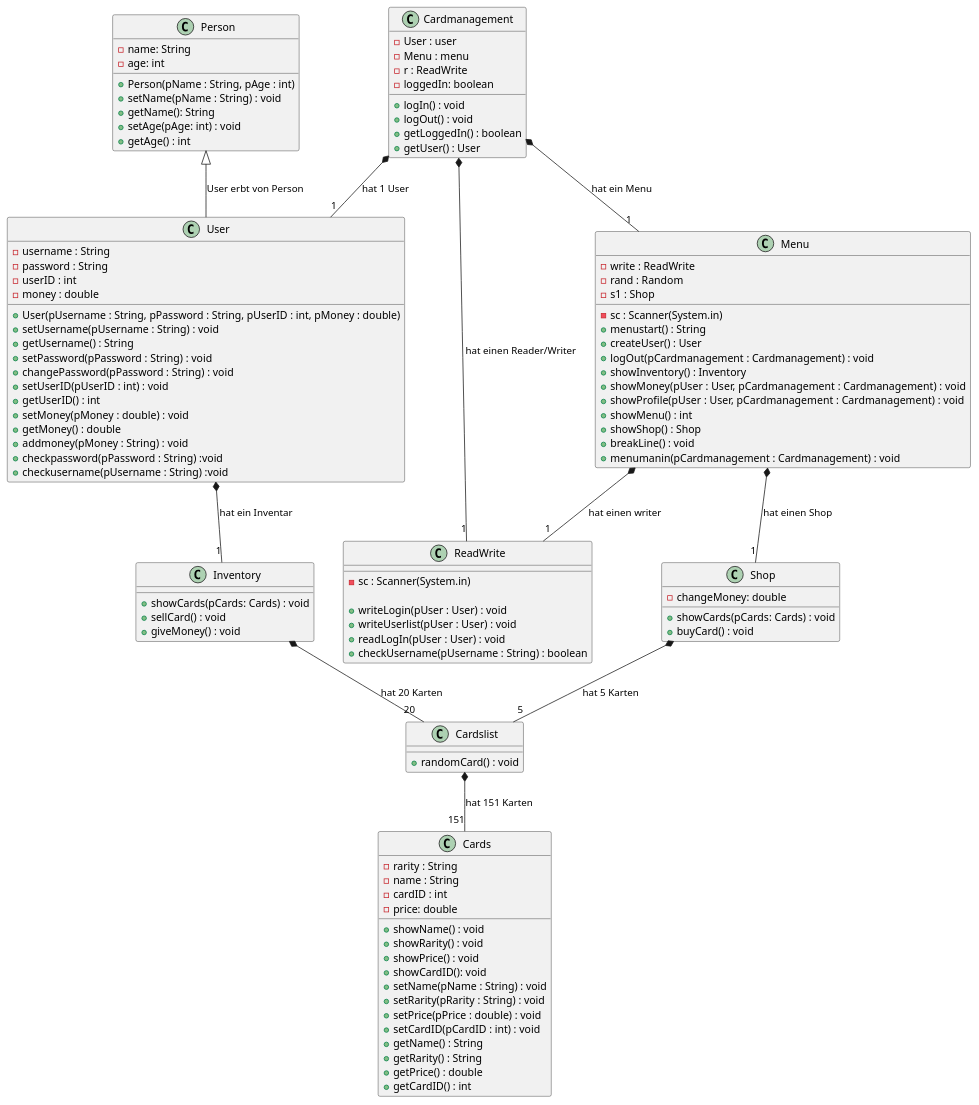
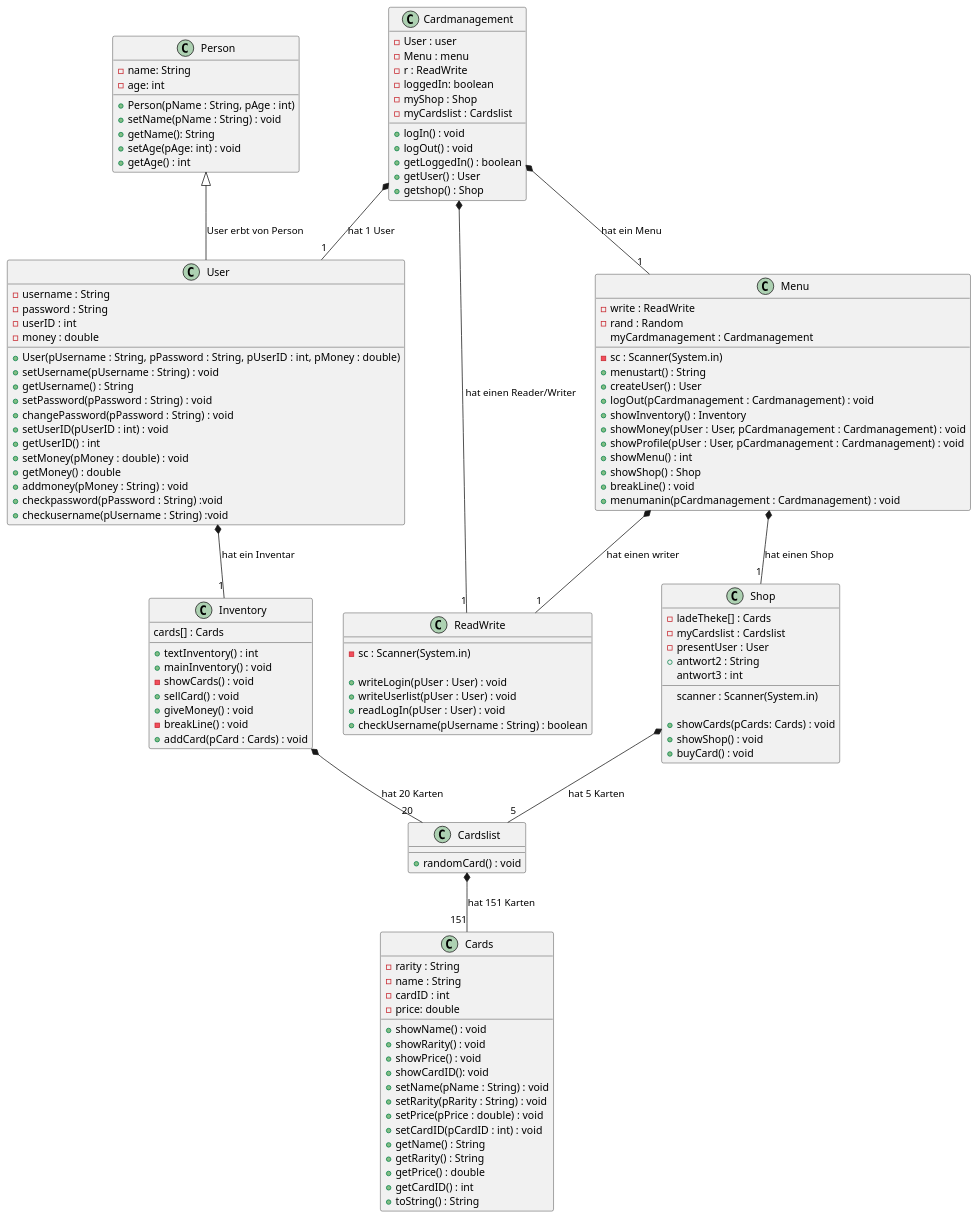
Before and after one commit to HEBK-BGM/Verwaltungssoftware_Team_4: the diagram in Docs/Pflichtenheft/Diagramme/Klassendiagramm-Card.iuml, drawn with PlantUML. The commit also changed 2 other files, not shown here.

Commit message:
[FIX] Klassendiagramm überarbeitung-

```diff
--- a/Docs/Pflichtenheft/Diagramme/Klassendiagramm-Card.iuml
+++ b/Docs/Pflichtenheft/Diagramme/Klassendiagramm-Card.iuml
@@ -1,139 +1,153 @@
 @startuml Klassendiagramm
 
 class Cardmanagement{
     - User : user
     - Menu : menu
     - r : ReadWrite
-    -loggedIn: boolean
+    - loggedIn: boolean
+    - myShop : Shop
+    - myCardslist : Cardslist
 
     +logIn() : void
     +logOut() : void
     +getLoggedIn() : boolean
     +getUser() : User
+    +getshop() : Shop
     
 
 
 
 }
 
 
 class Menu{
     -sc : Scanner(System.in)
     -write : ReadWrite
     -rand : Random
-    - s1 : Shop
+    myCardmanagement : Cardmanagement
 
     +menustart() : String
     +createUser() : User
     +logOut(pCardmanagement : Cardmanagement) : void
     +showInventory() : Inventory
     +showMoney(pUser : User, pCardmanagement : Cardmanagement) : void
     +showProfile(pUser : User, pCardmanagement : Cardmanagement) : void
     +showMenu() : int
     +showShop() : Shop
     +breakLine() : void
     +menumanin(pCardmanagement : Cardmanagement) : void
 
 
 }
 
 
 class Shop{
-    -changeMoney: double
-
+    -ladeTheke[] : Cards
+    -myCardslist : Cardslist
+    -presentUser : User 
+    +antwort2 : String
+    antwort3 : int
+    scanner : Scanner(System.in)
     
     +showCards(pCards: Cards) : void
+    +showShop() : void
     +buyCard() : void
 
 }
 
 
 class User{
     -username : String
     -password : String
     -userID : int
     -money : double
 
 
     +User(pUsername : String, pPassword : String, pUserID : int, pMoney : double)
     +setUsername(pUsername : String) : void
     +getUsername() : String
     +setPassword(pPassword : String) : void
     +changePassword(pPassword : String) : void
     +setUserID(pUserID : int) : void
     +getUserID() : int
     +setMoney(pMoney : double) : void
     +getMoney() : double
     +addmoney(pMoney : String) : void
     +checkpassword(pPassword : String) :void
     +checkusername(pUsername : String) :void
 
 }
 
 
 class Person{
     -name: String
     -age: int
 
     +Person(pName : String, pAge : int)
     +setName(pName : String) : void
     +getName(): String
     +setAge(pAge: int) : void
     +getAge() : int
 }
 
 
 class Cards{
     -rarity : String
     -name : String
     -cardID : int
     -price: double
 
     +showName() : void
     +showRarity() : void
     +showPrice() : void
     +showCardID(): void
     +setName(pName : String) : void
     +setRarity(pRarity : String) : void
     +setPrice(pPrice : double) : void
     +setCardID(pCardID : int) : void
     +getName() : String
     +getRarity() : String
     +getPrice() : double
     +getCardID() : int
-
+    +toString() : String
 }
 
 
 class Inventory{
-    +showCards(pCards: Cards) : void
+    cards[] : Cards
+
+    +textInventory() : int 
+    +mainInventory() : void
+    -showCards() : void
     +sellCard() : void
     +giveMoney() : void
+    -breakLine() : void
+    +addCard(pCard : Cards) : void
 }
 
 
 class Cardslist{
     +randomCard() : void
 }
 
 class ReadWrite{
     - sc : Scanner(System.in)
 
     + writeLogin(pUser : User) : void
     + writeUserlist(pUser : User) : void
     + readLogIn(pUser : User) : void
     + checkUsername(pUsername : String) : boolean
 }
 
 Cardmanagement *-- "1" Menu : hat ein Menu
 Cardmanagement *-- "1" ReadWrite : hat einen Reader/Writer 
 User *-- "1" Inventory : hat ein Inventar
 Cardmanagement *-- "1" User : hat 1 User
 Menu *-- "1" Shop : hat einen Shop
 Menu *-- "1" ReadWrite : hat einen writer
 Shop *-- "5" Cardslist : hat 5 Karten 
 Inventory *-- "20" Cardslist : hat 20 Karten
 Cardslist *-- "151" Cards : hat 151 Karten
 Person <|-- User : User erbt von Person
 
 @enduml
```
